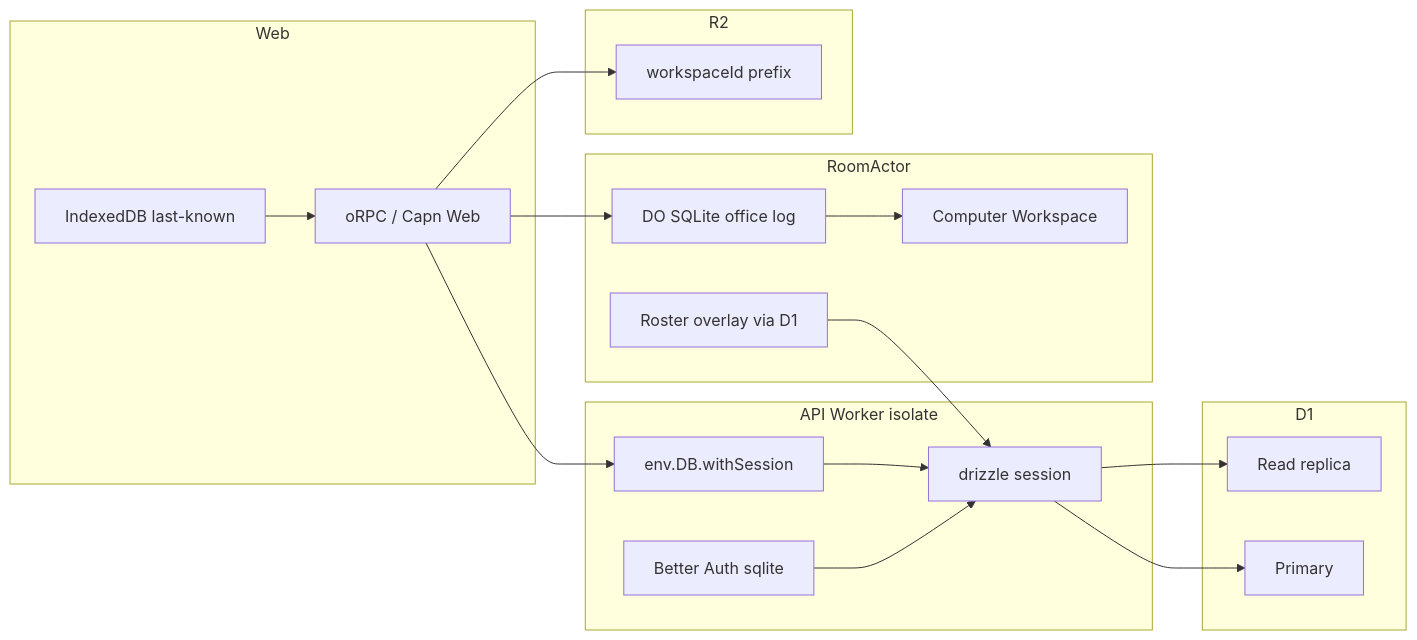
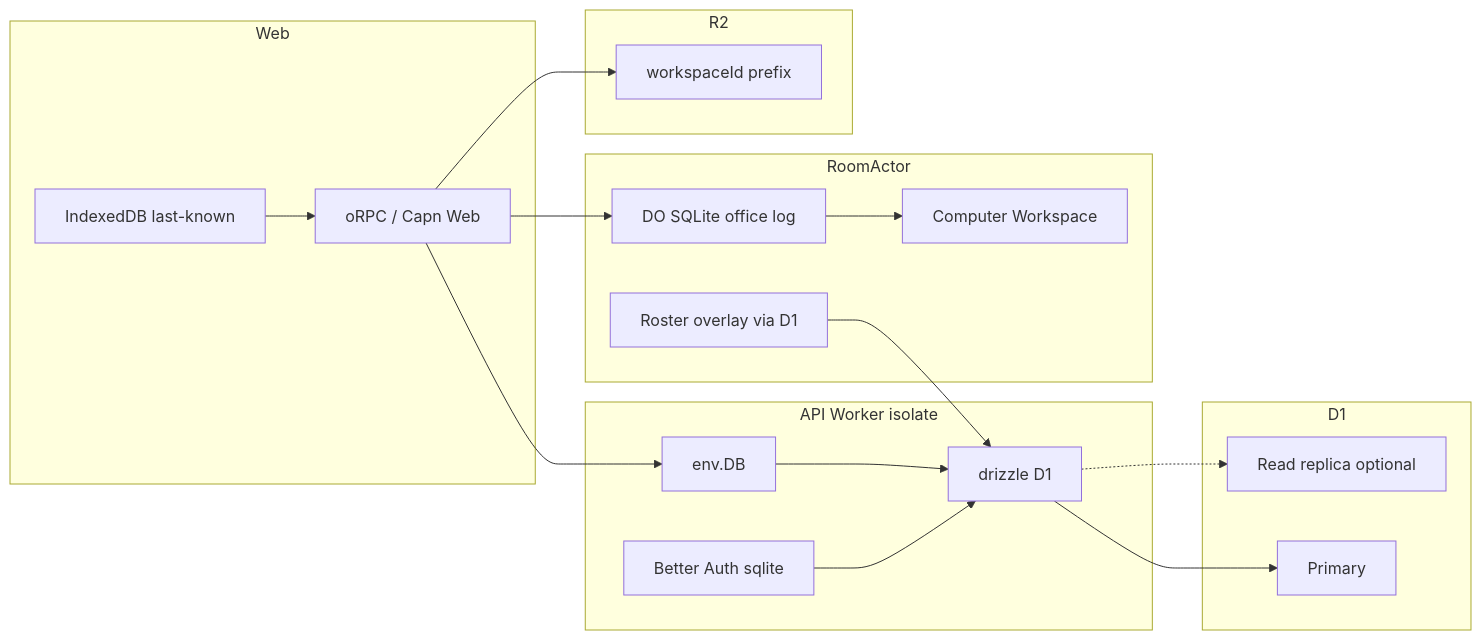
Before and after one commit to muhajirdev/groxbot: the diagram in docs/plans/2026-09-09-001-refactor-postgres-to-d1-plan.md, drawn with Mermaid. The commit also changed other lines of this file, not shown here.

````diff
--- a/docs/plans/2026-09-09-001-refactor-postgres-to-d1-plan.md
+++ b/docs/plans/2026-09-09-001-refactor-postgres-to-d1-plan.md
@@ -142,34 +164,34 @@
 ```mermaid
 flowchart LR
   subgraph client [Web]
     IDB[IndexedDB last-known]
     ORPC[oRPC / Capn Web]
   end
   subgraph worker [API Worker isolate]
-    Sess["env.DB.withSession"]
-    Driz[drizzle session]
+    Bind[env.DB]
+    Driz[drizzle D1]
     Auth[Better Auth sqlite]
   end
   subgraph d1 [D1]
-    Replica[Read replica]
+    Replica[Read replica optional]
     Primary[Primary]
   end
   subgraph room [RoomActor]
     Door[Roster overlay via D1]
     Office[DO SQLite office log]
     Comp[Computer Workspace]
   end
   subgraph r2 [R2]
     Know[workspaceId prefix]
   end
   IDB --> ORPC
-  ORPC --> Sess
-  Sess --> Driz
-  Driz --> Replica
+  ORPC --> Bind
+  Bind --> Driz
   Driz --> Primary
+  Driz -.-> Replica
   Auth --> Driz
   Door --> Driz
   ORPC --> Office
   Office --> Comp
   ORPC --> Know
 ```
````
